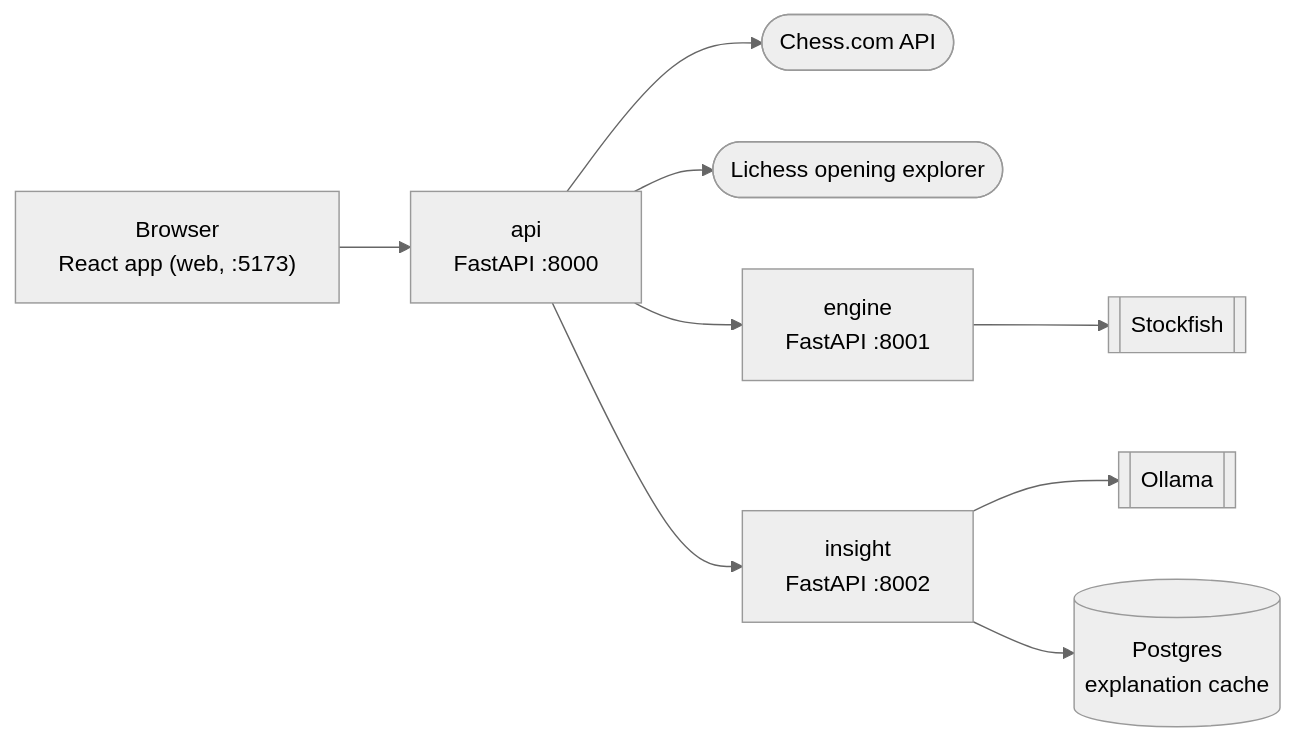
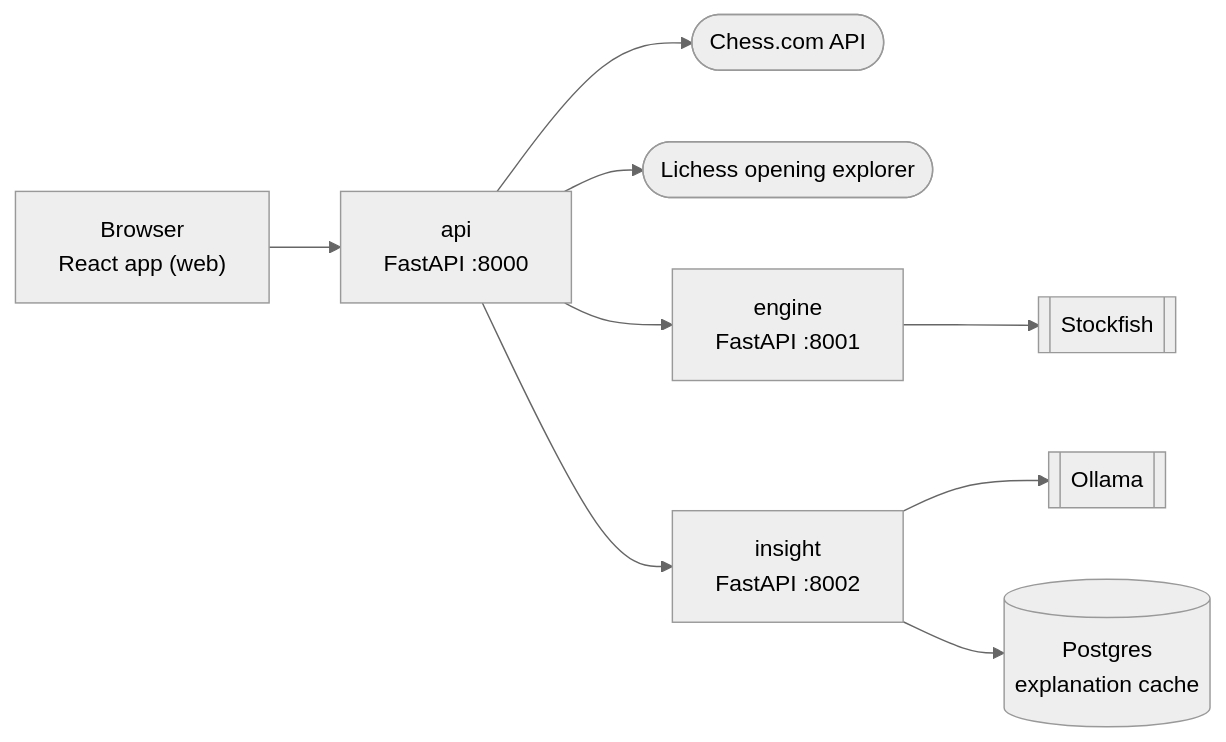
The diagram in README.md (vector94/chess-offbook), drawn with Mermaid (neutral theme) before and after one commit. The commit also changed other lines of this file and 1 other file, not shown here.

````diff
--- a/README.md
+++ b/README.md
@@ -8,11 +8,11 @@
 ```mermaid
 flowchart LR
-    browser["Browser<br/>React app (web, :5173)"] --> api["api<br/>FastAPI :8000"]
+    browser["Browser<br/>React app (web)"] --> api["api<br/>FastAPI :8000"]
     api --> chesscom(["Chess.com API"])
     api --> lichess(["Lichess opening explorer"])
     api --> engine["engine<br/>FastAPI :8001"]
     api --> insight["insight<br/>FastAPI :8002"]
     engine --> stockfish[["Stockfish"]]
     insight --> ollama[["Ollama"]]
     insight --> postgres[("Postgres<br/>explanation cache")]
 ```
````
